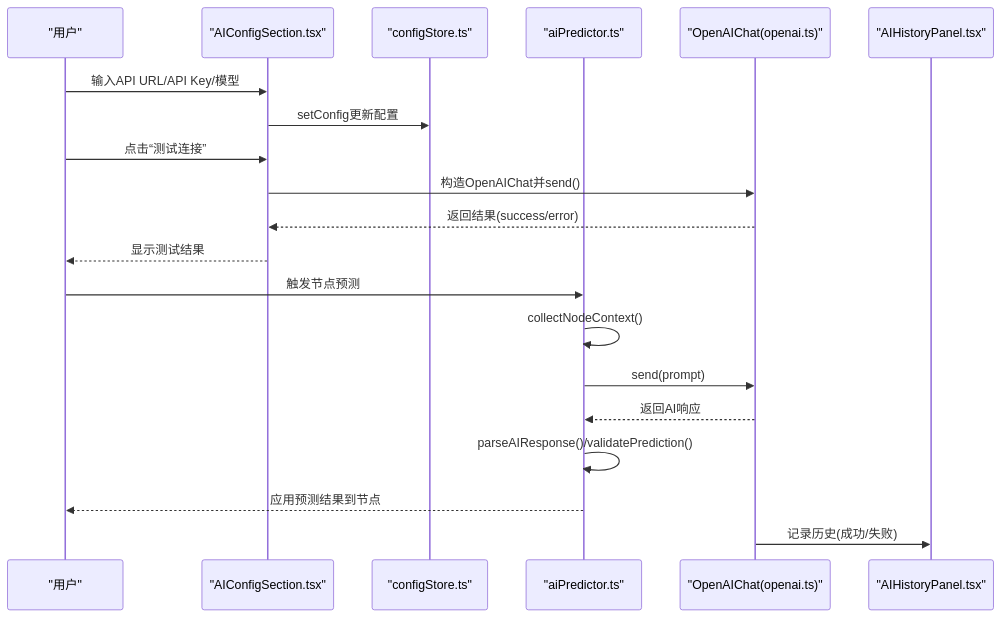
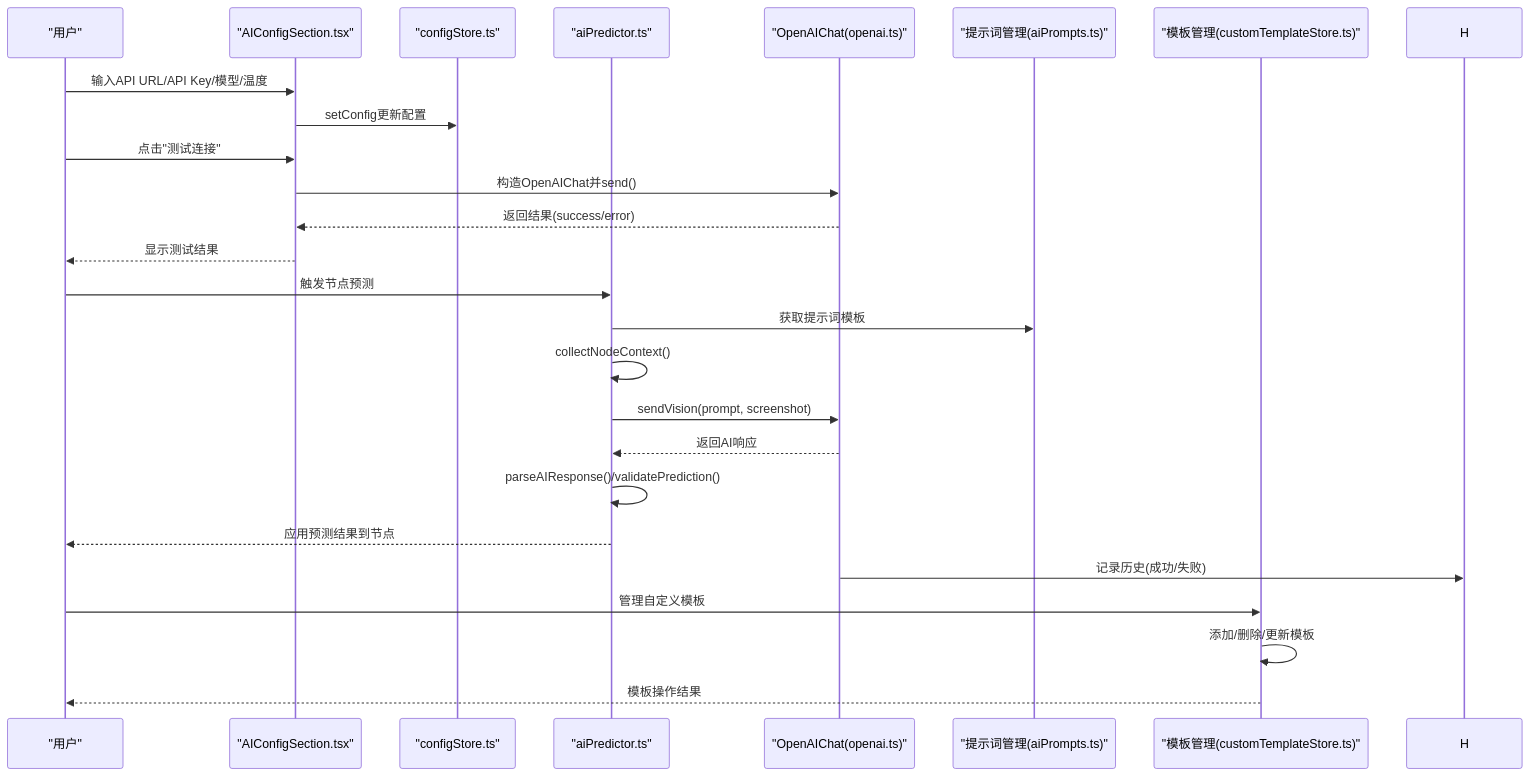
Before and after one commit to kqcoxn/MaaPipelineEditor: the second of 7 diagrams in .qoder/repowiki/zh/content/用户界面/面板系统/配置面板/AI配置区域.md, drawn with Mermaid. The commit also changed other lines of this file and 19 other files, not shown here.

````diff
--- a/.qoder/repowiki/zh/content/用户界面/面板系统/配置面板/AI配置区域.md
+++ b/.qoder/repowiki/zh/content/用户界面/面板系统/配置面板/AI配置区域.md
@@ -87,22 +113,27 @@
 ```mermaid
 sequenceDiagram
 participant U as "用户"
 participant C as "AIConfigSection.tsx"
 participant S as "configStore.ts"
 participant P as "aiPredictor.ts"
 participant O as "OpenAIChat(openai.ts)"
-participant H as "AIHistoryPanel.tsx"
-U->>C : 输入API URL/API Key/模型
+participant PR as "提示词管理(aiPrompts.ts)"
+participant T as "模板管理(customTemplateStore.ts)"
+U->>C : 输入API URL/API Key/模型/温度
 C->>S : setConfig更新配置
-U->>C : 点击“测试连接”
+U->>C : 点击"测试连接"
 C->>O : 构造OpenAIChat并send()
 O-->>C : 返回结果(success/error)
 C-->>U : 显示测试结果
 U->>P : 触发节点预测
+P->>PR : 获取提示词模板
 P->>P : collectNodeContext()
-P->>O : send(prompt)
+P->>O : sendVision(prompt, screenshot)
 O-->>P : 返回AI响应
 P->>P : parseAIResponse()/validatePrediction()
 P-->>U : 应用预测结果到节点
 O->>H : 记录历史(成功/失败)
+U->>T : 管理自定义模板
+T->>T : 添加/删除/更新模板
+T-->>U : 模板操作结果
 ```
````
